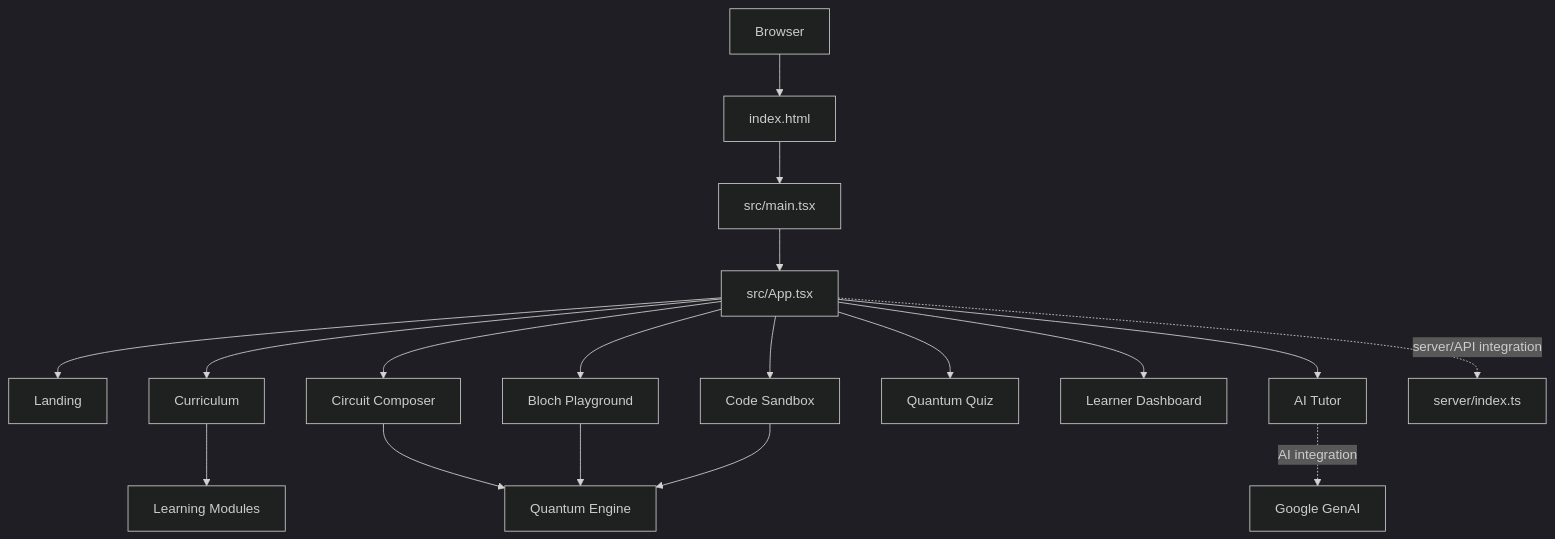
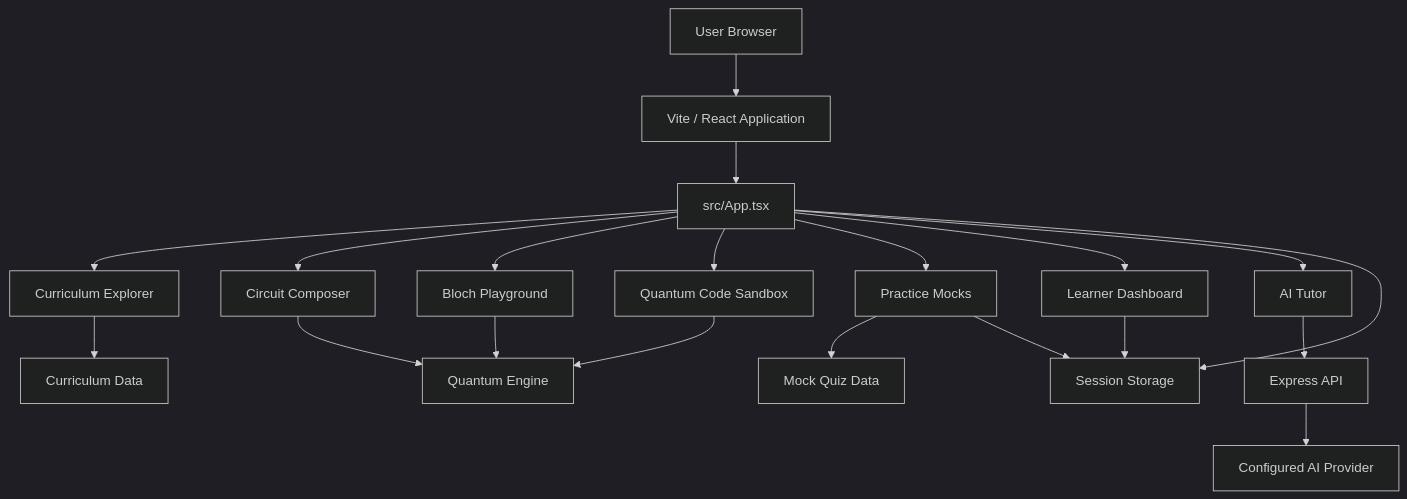
One commit to chamanvashishth/Qubit_Lab changed the diagram in README.md. Above: the diagram before and after it, drawn with Mermaid (dark theme). The commit also changed other lines of this file, not shown here.

Commit message:
docs: redesign README with architecture, visuals, workflow, and security guidance

````diff
--- a/README.md
+++ b/README.md
@@ -125,26 +115,29 @@
 ```mermaid
 flowchart TB
-    Browser[Browser]
-    HTML[index.html]
-    Main[src/main.tsx]
-    App[src/App.tsx]
+    U[User Browser]
 
-    Browser --> HTML --> Main --> App
+    U --> V[Vite / React Application]
+    V --> A[src/App.tsx]
 
-    App --> Landing[Landing]
-    App --> Curriculum[Curriculum]
-    App --> Composer[Circuit Composer]
-    App --> Bloch[Bloch Playground]
-    App --> Sandbox[Code Sandbox]
-    App --> Quiz[Quantum Quiz]
-    App --> Dashboard[Learner Dashboard]
-    App --> Tutor[AI Tutor]
+    A --> C[Curriculum Explorer]
+    A --> CC[Circuit Composer]
+    A --> B[Bloch Playground]
+    A --> S[Quantum Code Sandbox]
+    A --> Q[Practice Mocks]
+    A --> D[Learner Dashboard]
+    A --> T[AI Tutor]
 
-    Curriculum --> Modules[Learning Modules]
-    Composer --> Engine[Quantum Engine]
-    Bloch --> Engine
-    Sandbox --> Engine
+    C --> DATA[Curriculum Data]
+    Q --> MQ[Mock Quiz Data]
 
-    App -. server/API integration .-> Server[server/index.ts]
-    Tutor -. AI integration .-> GenAI[Google GenAI]
+    CC --> QE[Quantum Engine]
+    B --> QE
+    S --> QE
+
+    D --> SS[Session Storage]
+    Q --> SS
+    A --> SS
+
+    T --> API[Express API]
+    API --> AI[Configured AI Provider]
 ```
````
